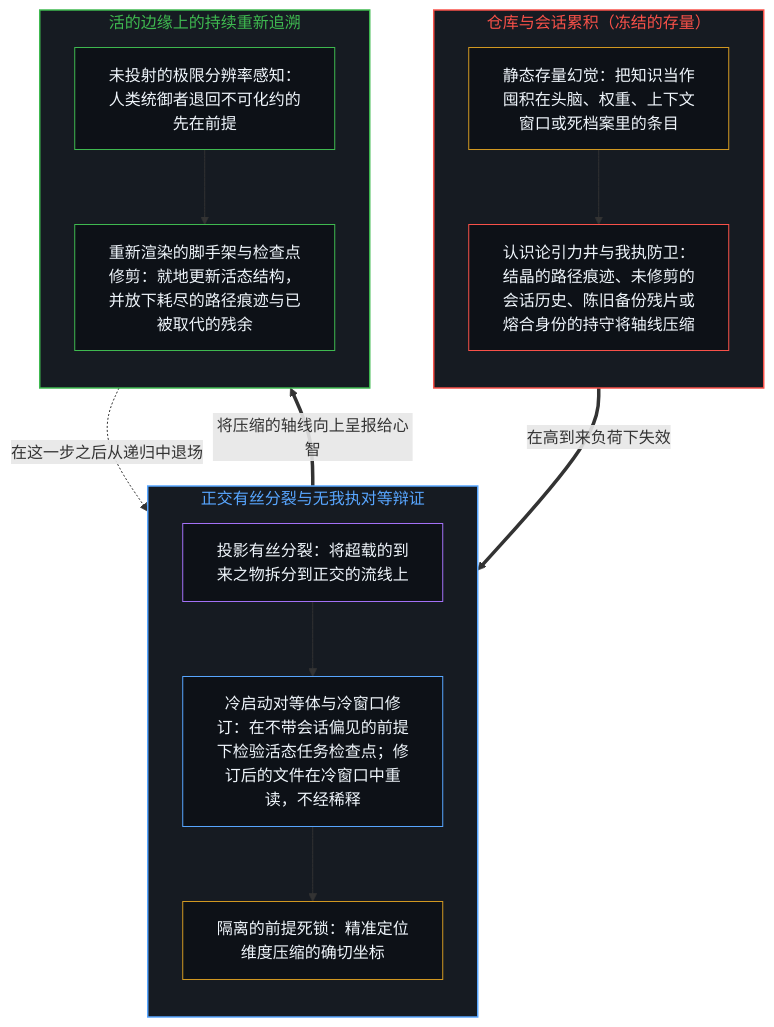
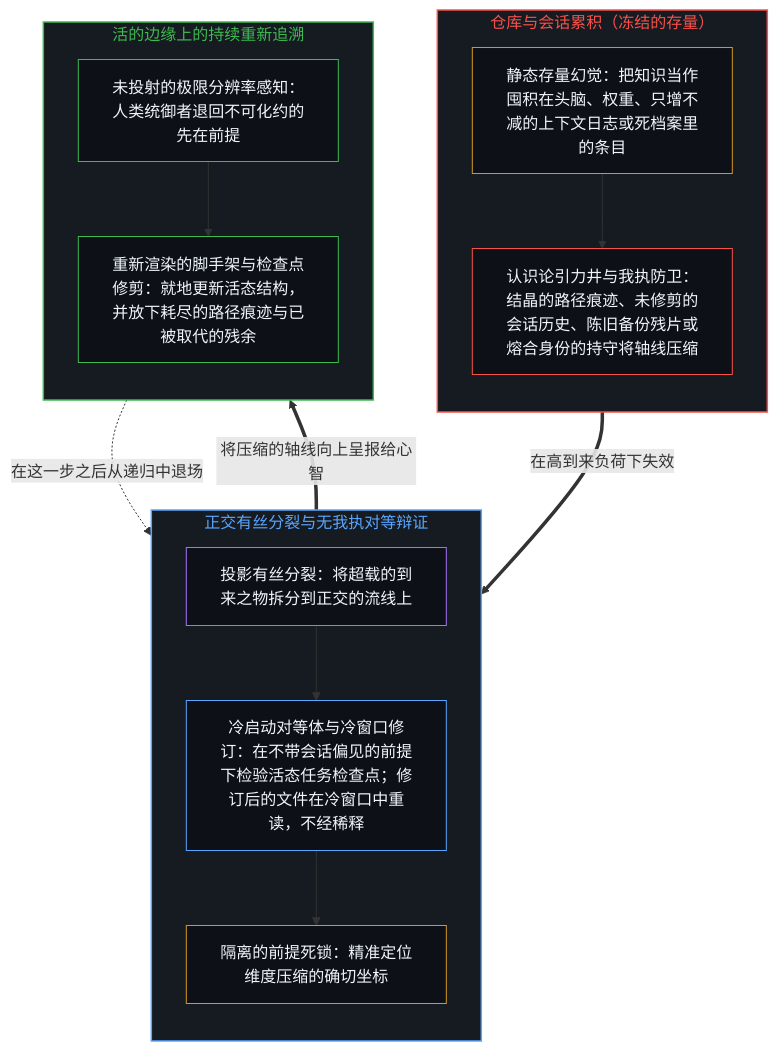
Before and after one commit to powerpig99/not-a-toe: the first of 2 diagrams in content/posts/the-real-scarcity-is-not-memory-but-continuous-re-tracing.md, drawn with Mermaid. The commit also changed other lines of this file and 11 other files, not shown here.

````diff
--- a/content/posts/the-real-scarcity-is-not-memory-but-continuous-re-tracing.md
+++ b/content/posts/the-real-scarcity-is-not-memory-but-continuous-re-tracing.md
@@ -69,35 +69,35 @@
 ```mermaid
 flowchart TD
     subgraph S_Store["仓库与会话累积（冻结的存量）"]
         direction TB
-        Stock["静态存量幻觉：把知识当作囤积在头脑、权重、上下文窗口或死档案里的条目"]
+        Stock["静态存量幻觉：把知识当作囤积在头脑、权重、只增不减的上下文日志或死档案里的条目"]
         Well["认识论引力井与我执防卫：结晶的路径痕迹、未修剪的会话历史、陈旧备份残片或熔合身份的持守将轴线压缩"]
         Stock --> Well
     end
     subgraph S_Dialectics["正交有丝分裂与无我执对等辩证"]
         direction TB
         Mitosis["投影有丝分裂：将超载的到来之物拆分到正交的流线上"]
         Peer["冷启动对等体与冷窗口修订：在不带会话偏见的前提下检验活态任务检查点；修订后的文件在冷窗口中重读，不经稀释"]
         Deadlock["隔离的前提死锁：精准定位维度压缩的确切坐标"]
         Mitosis --> Peer --> Deadlock
     end
     subgraph S_Retrace["活的边缘上的持续重新追溯"]
         direction TB
         StepBack["未投射的极限分辨率感知：人类统御者退回不可化约的先在前提"]
         Redraw["重新渲染的脚手架与检查点修剪：就地更新活态结构，并放下耗尽的路径痕迹与已被取代的残余"]
         StepBack --> Redraw
     end
     Well ==>|"在高到来负荷下失效"| Mitosis
     Deadlock ==>|"将压缩的轴线向上呈报给心智"| StepBack
     Redraw -.->|"在这一步之后从递归中退场"| Mitosis
     style S_Store fill:#161b22,stroke:#f85149,stroke-width:1.5px,color:#f85149
     style S_Dialectics fill:#161b22,stroke:#58a6ff,stroke-width:1.5px,color:#58a6ff
     style S_Retrace fill:#161b22,stroke:#3fb950,stroke-width:1.5px,color:#3fb950
     style Stock fill:#0d1117,stroke:#d29922,stroke-width:1px,color:#f0f6fc
     style Well fill:#0d1117,stroke:#f85149,stroke-width:1px,color:#f0f6fc
     style Mitosis fill:#0d1117,stroke:#a371f7,stroke-width:1px,color:#f0f6fc
     style Peer fill:#0d1117,stroke:#58a6ff,stroke-width:1px,color:#f0f6fc
     style Deadlock fill:#0d1117,stroke:#d29922,stroke-width:1px,color:#f0f6fc
     style StepBack fill:#0d1117,stroke:#3fb950,stroke-width:1px,color:#f0f6fc
     style Redraw fill:#0d1117,stroke:#3fb950,stroke-width:1px,color:#f0f6fc
 ```
````
